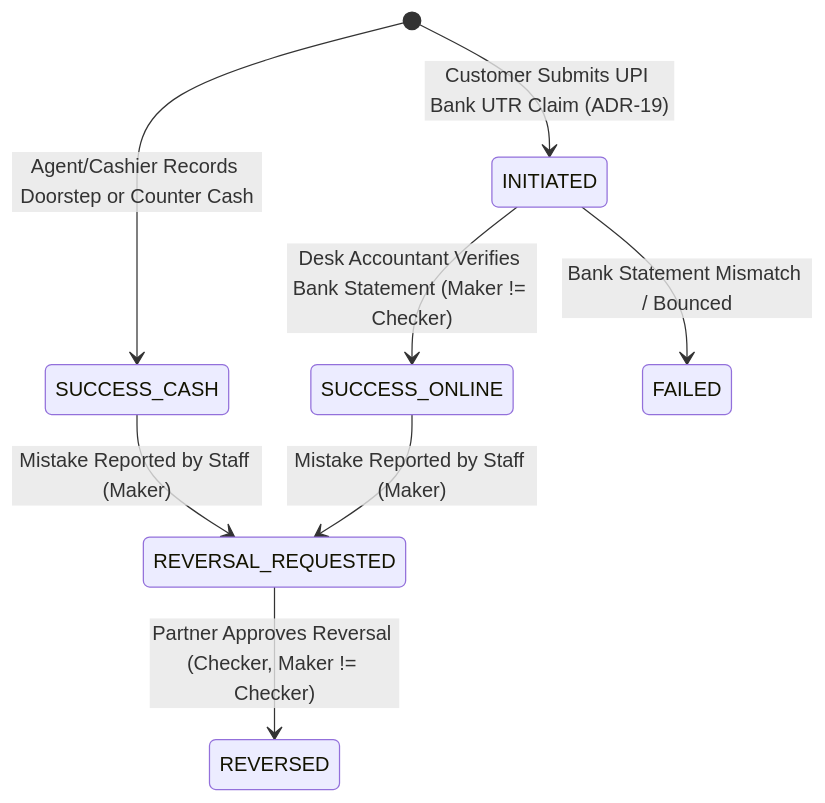
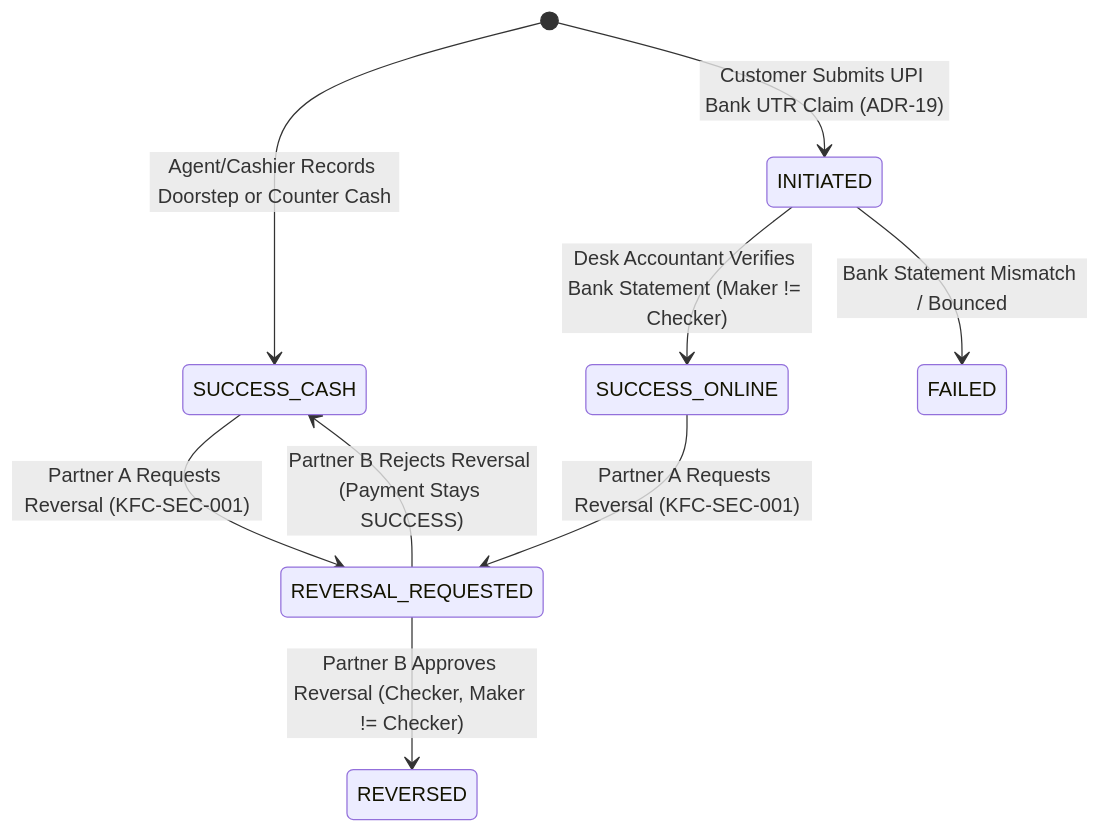
Before and after one commit to Kathir-24/Kumaran-finance: the fourth of 6 diagrams in docs/03-architecture/state-machines.md, drawn with Mermaid. The commit also changed other lines of this file and 4 other files, not shown here.

````diff
--- a/docs/03-architecture/state-machines.md
+++ b/docs/03-architecture/state-machines.md
@@ -111,10 +124,11 @@
 ```mermaid
 stateDiagram-v2
     [*] --> SUCCESS_CASH : Agent/Cashier Records Doorstep or Counter Cash
     [*] --> INITIATED : Customer Submits UPI Bank UTR Claim (ADR-19)
     INITIATED --> SUCCESS_ONLINE : Desk Accountant Verifies Bank Statement (Maker != Checker)
     INITIATED --> FAILED : Bank Statement Mismatch / Bounced
-    SUCCESS_CASH --> REVERSAL_REQUESTED : Mistake Reported by Staff (Maker)
-    SUCCESS_ONLINE --> REVERSAL_REQUESTED : Mistake Reported by Staff (Maker)
-    REVERSAL_REQUESTED --> REVERSED : Partner Approves Reversal (Checker, Maker != Checker)
+    SUCCESS_CASH --> REVERSAL_REQUESTED : Partner A Requests Reversal (KFC-SEC-001)
+    SUCCESS_ONLINE --> REVERSAL_REQUESTED : Partner A Requests Reversal (KFC-SEC-001)
+    REVERSAL_REQUESTED --> REVERSED : Partner B Approves Reversal (Checker, Maker != Checker)
+    REVERSAL_REQUESTED --> SUCCESS_CASH : Partner B Rejects Reversal (Payment Stays SUCCESS)
 ```
````
